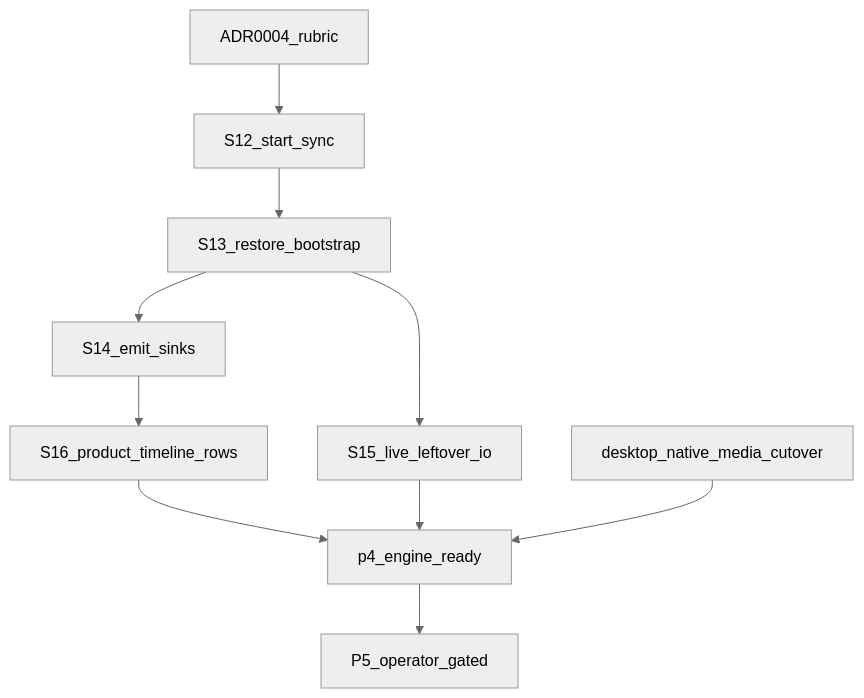
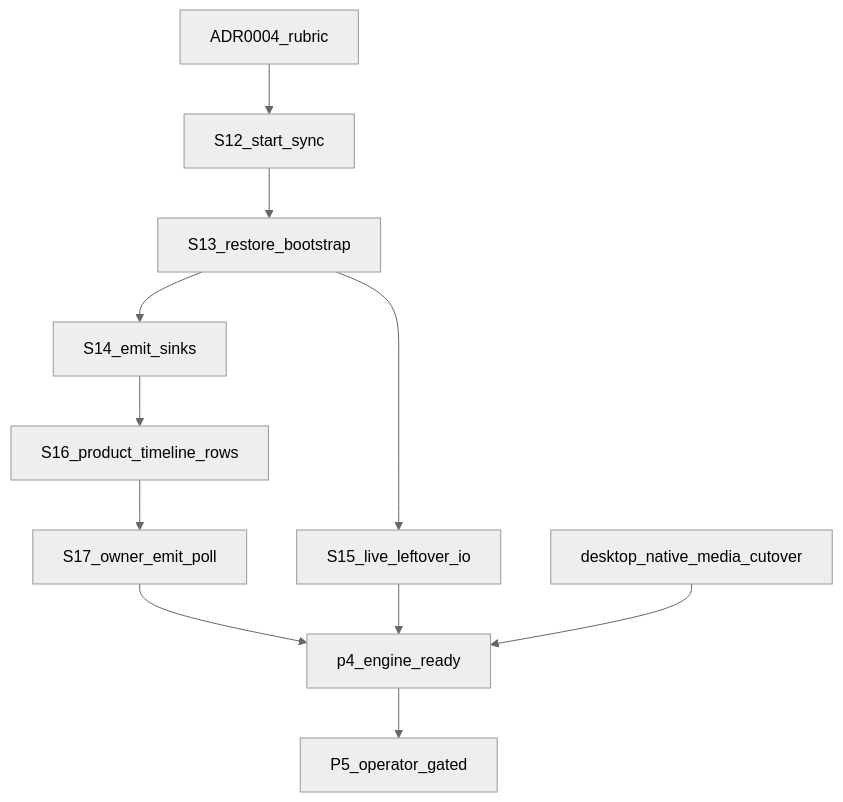
The diagram in docs/shared-native-core/13-language-boundary-goal-graph.md (nepenth/synara-desktop), drawn with Mermaid (neutral theme) before and after one commit. The commit also changed other lines of this file and 9 other files, not shown here.

First line of the commit message:
feat(core): poll privacy-safe owner emit summaries on SharedCore (P4-S17)

````diff
--- a/docs/shared-native-core/13-language-boundary-goal-graph.md
+++ b/docs/shared-native-core/13-language-boundary-goal-graph.md
@@ -46,22 +46,24 @@
 ```mermaid
 flowchart TD
   adr0004[ADR0004_rubric]
   s12[S12_start_sync]
   s13[S13_restore_bootstrap]
   s14[S14_emit_sinks]
   s15[S15_live_leftover_io]
   s16[S16_product_timeline_rows]
+  s17[S17_owner_emit_poll]
   media[desktop_native_media_cutover]
   done[p4_engine_ready]
   p5[P5_operator_gated]
 
   adr0004 --> s12
   s12 --> s13
   s13 --> s14
   s13 --> s15
   s14 --> s16
-  s16 --> done
+  s16 --> s17
+  s17 --> done
   s15 --> done
   media --> done
   done --> p5
 ```
````
